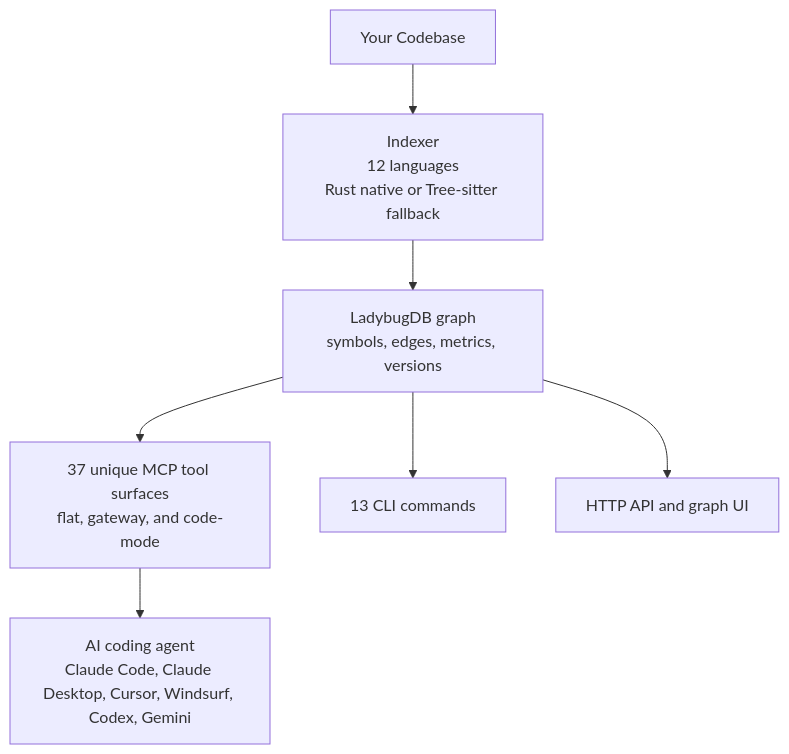
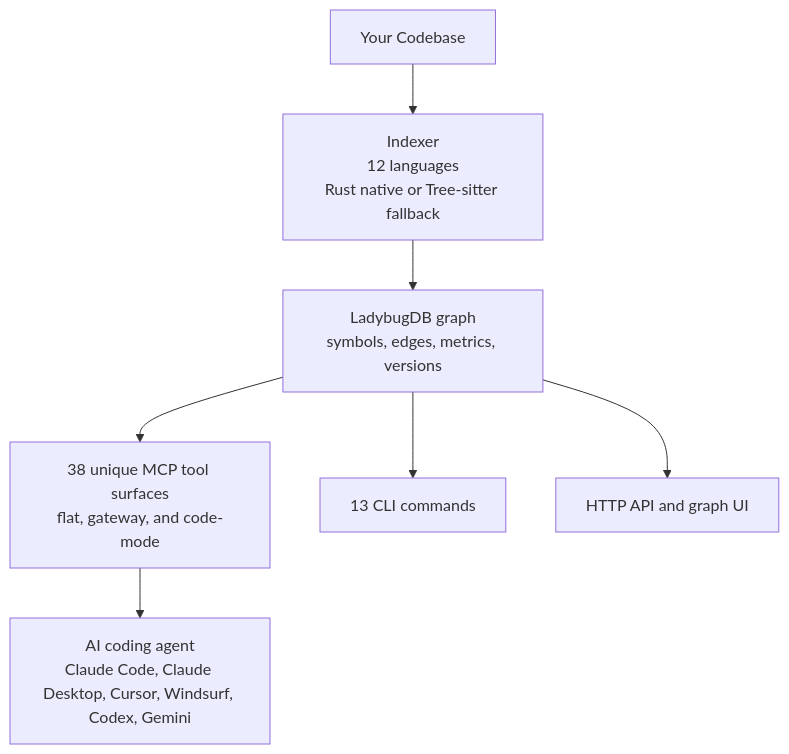
The first of 10 diagrams in README.md (GlitterKill/sdl-mcp), drawn with Mermaid before and after one commit. The commit also changed other lines of this file and 66 other files, not shown here.

````diff
--- a/README.md
+++ b/README.md
@@ -40,16 +40,16 @@
 ```mermaid
 flowchart TD
     Codebase["Your Codebase"]
     Indexer["Indexer<br/>12 languages<br/>Rust native or Tree-sitter fallback"]
     Graph["LadybugDB graph<br/>symbols, edges, metrics, versions"]
-    MCP["37 unique MCP tool surfaces<br/>flat, gateway, and code-mode"]
+    MCP["38 unique MCP tool surfaces<br/>flat, gateway, and code-mode"]
     CLI["13 CLI commands"]
     HTTP["HTTP API and graph UI"]
     Agent["AI coding agent<br/>Claude Code, Claude Desktop, Cursor, Windsurf, Codex, Gemini"]
 
     Codebase --> Indexer --> Graph
     Graph --> MCP
     Graph --> CLI
     Graph --> HTTP
     MCP --> Agent
 ```
````
